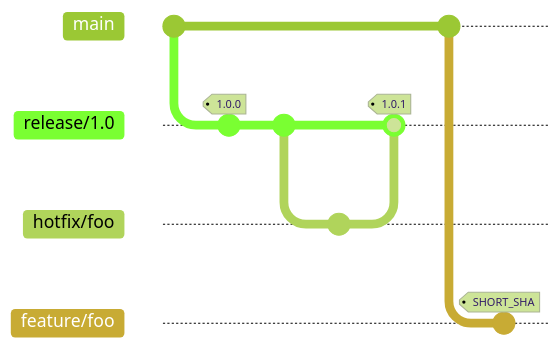
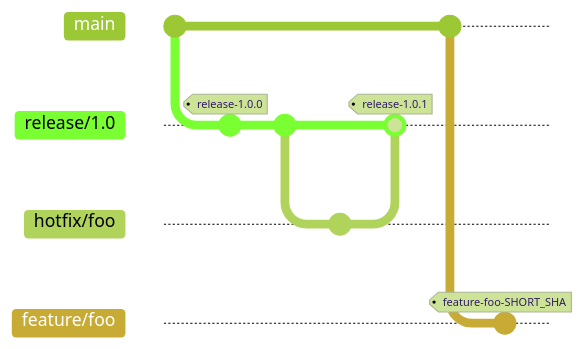
One commit to SiegeSailor/Website changed the second of 5 diagrams in client/public/article/2024-08-19.md. Above: the diagram before and after it, drawn with Mermaid (forest theme). The commit also changed other lines of this file and 17 other files, not shown here. Commit ids are hidden.

````diff
--- a/client/public/article/2024-08-19.md
+++ b/client/public/article/2024-08-19.md
@@ -133,16 +108,16 @@
 ```mermaid
 gitGraph
     commit
     branch "release/1.0"
-    commit tag: "1.0.0"
+    commit tag: "release-1.0.0"
     commit
     branch "hotfix/foo"
     checkout "hotfix/foo"
     commit
     checkout "release/1.0"
-    merge "hotfix/foo" tag: "1.0.1"
+    merge "hotfix/foo" tag: "release-1.0.1"
     checkout "main"
     commit
     branch "feature/foo"
-    commit tag: "SHORT_SHA"
+    commit tag: "feature-foo-SHORT_SHA"
 ```
````
